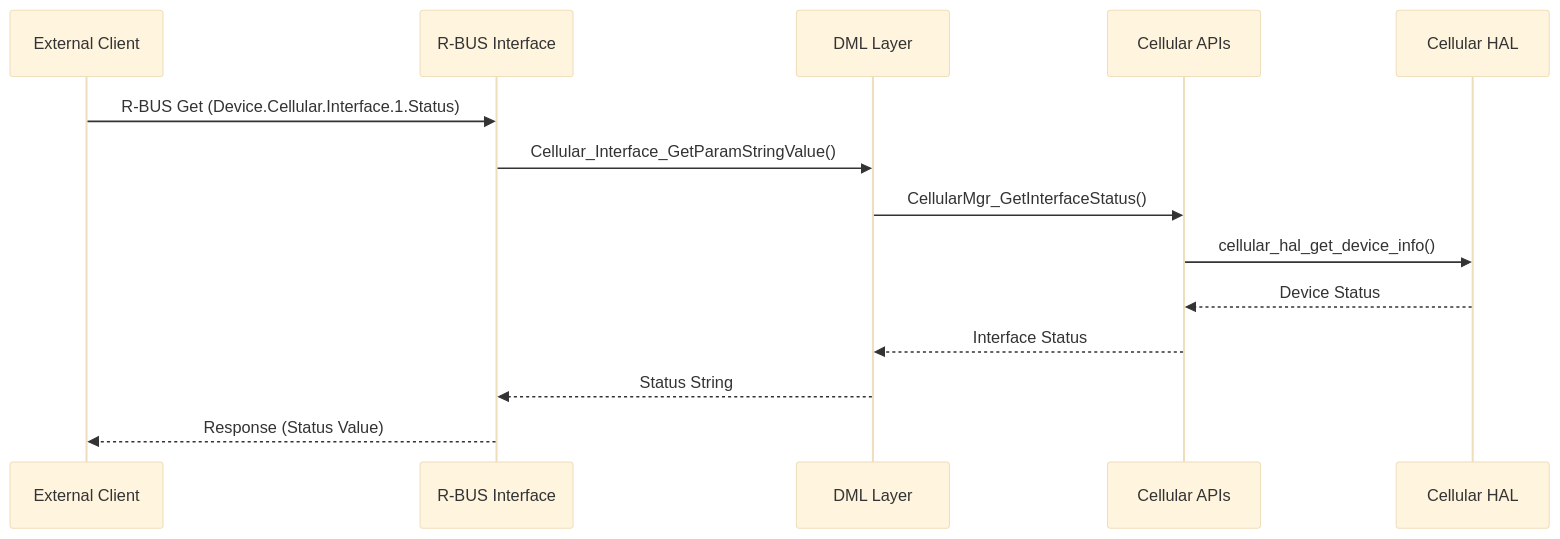
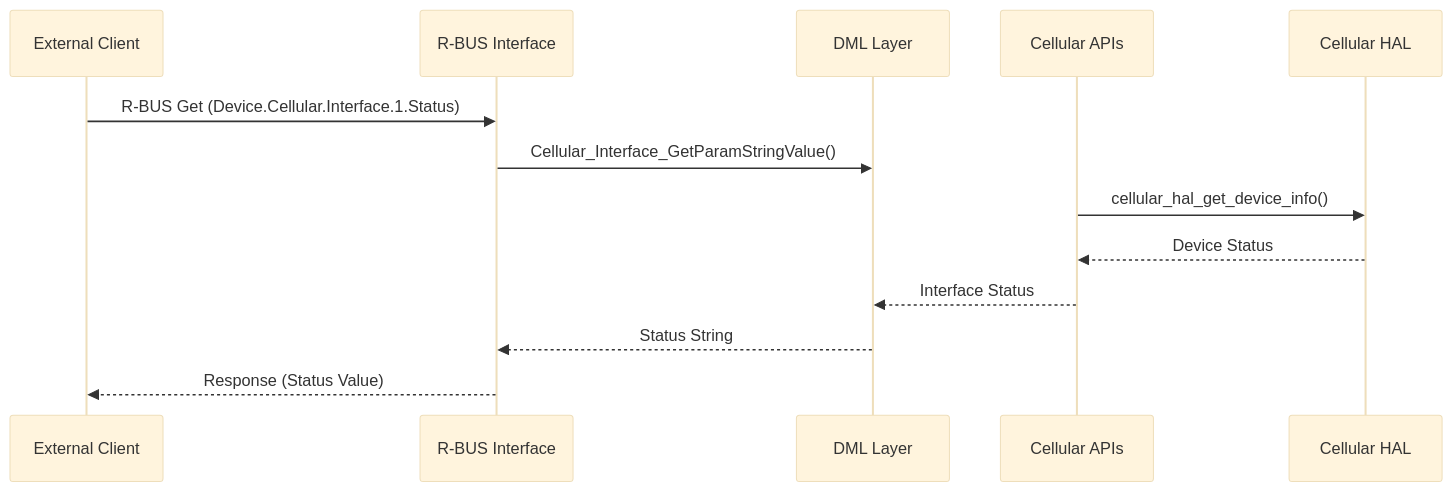
The seventh of 9 diagrams in README.md (rdkcentral/cellular-modem-manager), drawn with Mermaid (base theme) before and after one commit. The commit also changed other lines of this file, not shown here.

````diff
--- a/README.md
+++ b/README.md
@@ -411,17 +410,16 @@
 ```mermaid
 sequenceDiagram
     participant Client as External Client
     participant RBus as R-BUS Interface
     participant DML as DML Layer
     participant CellAPI as Cellular APIs
     participant HAL as Cellular HAL
 
     Client->>RBus: R-BUS Get (Device.Cellular.Interface.1.Status)
     RBus->>DML: Cellular_Interface_GetParamStringValue()
-    DML->>CellAPI: CellularMgr_GetInterfaceStatus()
     CellAPI->>HAL: cellular_hal_get_device_info()
     HAL-->>CellAPI: Device Status
     CellAPI-->>DML: Interface Status
     DML-->>RBus: Status String
     RBus-->>Client: Response (Status Value)
 ```
````
